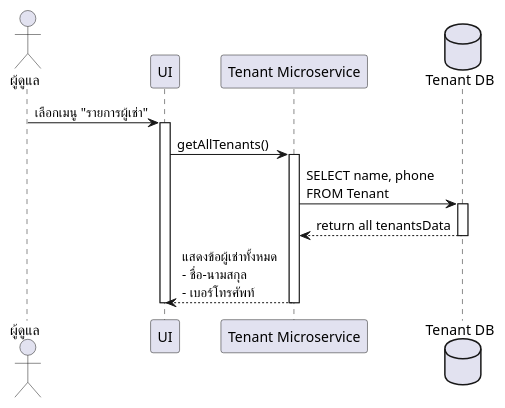
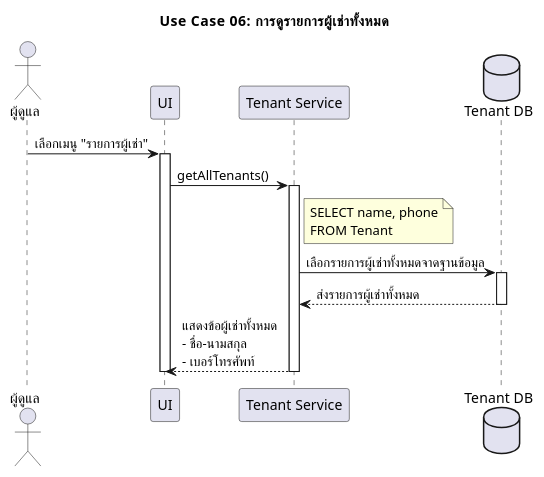
Before and after one commit to warinyang/UML-monthly-room-rent: the diagram in usecase06_get_all_tenent.plantuml, drawn with PlantUML. The commit also changed 15 other files, not shown here.

```diff
--- a/usecase06_get_all_tenent.plantuml
+++ b/usecase06_get_all_tenent.plantuml
@@ -1,25 +1,29 @@
 @startuml  Use Case 06: การดูรายการผู้เช่าทั้งหมด
 skinparam defaultFontName "TH Sarabun New"
-
+title Use Case 06: การดูรายการผู้เช่าทั้งหมด
 actor "ผู้ดูแล" as Admin
 participant "UI" as UI
-participant "Tenant Microservice" as MS
+participant "Tenant Service" as MS
 database "Tenant DB" as DB
 
 Admin -> UI      : เลือกเมนู "รายการผู้เช่า"
 activate UI
 
 UI -> MS         : getAllTenants()
 activate MS
 
-MS -> DB         : SELECT name, phone\nFROM Tenant
+note right of MS
+SELECT name, phone
+FROM Tenant
+end note
+MS -> DB         : เลือกรายการผู้เช่าทั้งหมดจาดฐานข้อมูล
 activate DB
 
-DB --> MS        : return all tenantsData 
+DB --> MS        : ส่งรายการผู้เช่าทั้งหมด
 deactivate DB
 
 MS --> UI        : แสดงข้อผู้เช่าทั้งหมด\n- ชื่อ-นามสกุล\n- เบอร์โทรศัพท์
 deactivate MS
 deactivate UI
 
 @enduml
```
